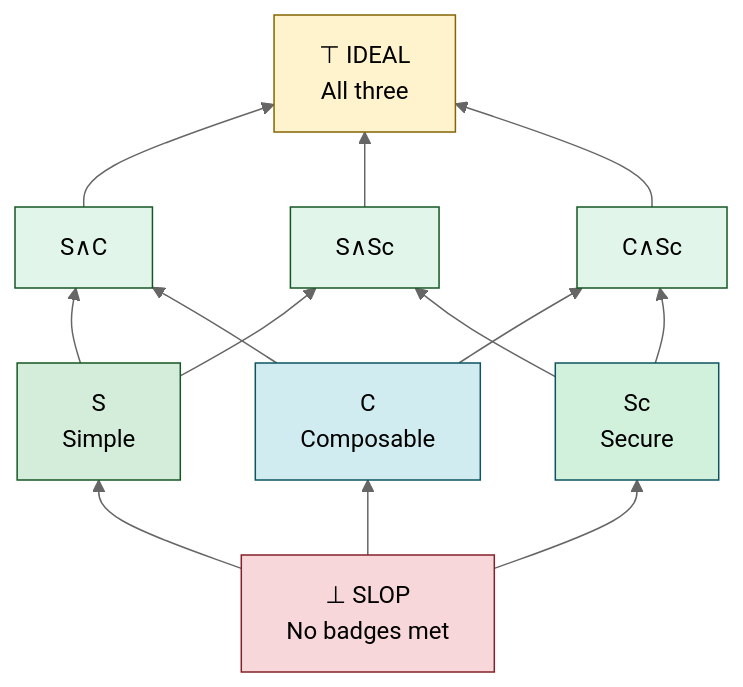
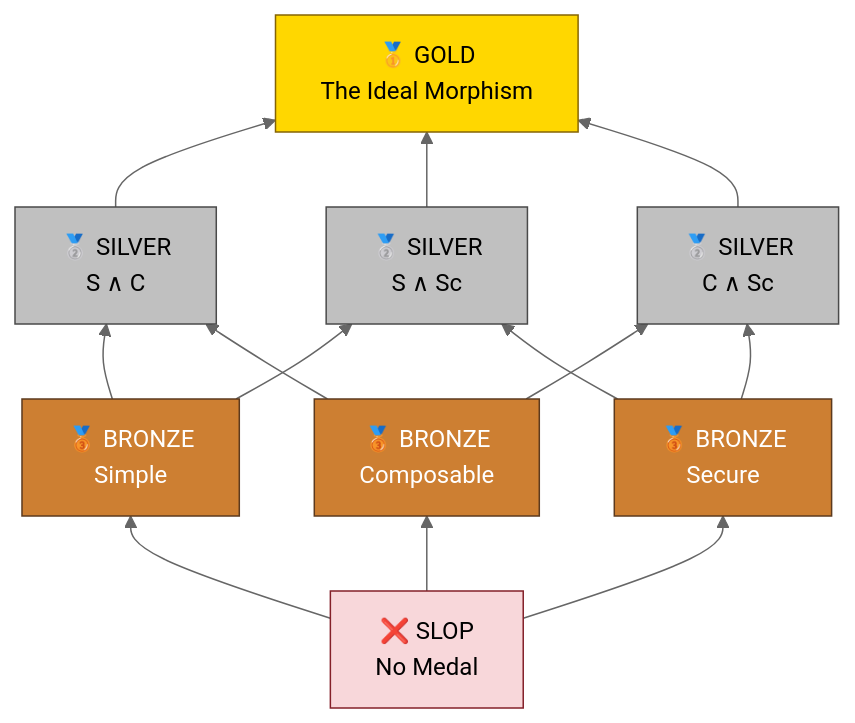
Before and after one commit to Krv-Labs/topos: the diagram in docs/source/index.rst, drawn with Mermaid (neutral theme). The commit also changed other lines of this file, not shown here.

Commit message:
docs: gamify index with medal podium

```diff
--- a/docs/source/index.rst
+++ b/docs/source/index.rst
@@ -103,33 +103,33 @@
 .. mermaid::
 
    graph BT
-       SLOP["⊥ SLOP<br/>No badges met"]
-       SIMPLE["S<br/>Simple"]
-       COMPOSABLE["C<br/>Composable"]
-       SECURE["Sc<br/>Secure"]
-       SC["S∧C"]
-       SSc["S∧Sc"]
-       CSc["C∧Sc"]
-       IDEAL["⊤ IDEAL<br/>All three"]
+       SLOP["❌ SLOP<br/>No Medal"]
+       SIMPLE["🥉 BRONZE<br/>Simple"]
+       COMPOSABLE["🥉 BRONZE<br/>Composable"]
+       SECURE["🥉 BRONZE<br/>Secure"]
+       SC["🥈 SILVER<br/>S ∧ C"]
+       SSc["🥈 SILVER<br/>S ∧ Sc"]
+       CSc["🥈 SILVER<br/>C ∧ Sc"]
+       IDEAL["🥇 GOLD<br/>The Ideal Morphism"]
 
        SLOP --> SIMPLE
        SLOP --> COMPOSABLE
        SLOP --> SECURE
        SIMPLE --> SC
        SIMPLE --> SSc
        COMPOSABLE --> SC
        COMPOSABLE --> CSc
        SECURE --> SSc
        SECURE --> CSc
        SC --> IDEAL
        SSc --> IDEAL
        CSc --> IDEAL
 
        style SLOP       fill:#f8d7da,stroke:#842029,color:#000
-       style SIMPLE     fill:#d4edda,stroke:#155724,color:#000
-       style COMPOSABLE fill:#d1ecf1,stroke:#0c5460,color:#000
-       style SECURE     fill:#d1f1dc,stroke:#0c5460,color:#000
-       style SC         fill:#e2f5eb,stroke:#155724,color:#000
-       style SSc        fill:#e2f5eb,stroke:#155724,color:#000
-       style CSc        fill:#e2f5eb,stroke:#155724,color:#000
-       style IDEAL      fill:#fff3cd,stroke:#856404,color:#000
+       style SIMPLE     fill:#cd7f32,stroke:#5c3a1e,color:#fff
+       style COMPOSABLE fill:#cd7f32,stroke:#5c3a1e,color:#fff
+       style SECURE     fill:#cd7f32,stroke:#5c3a1e,color:#fff
+       style SC         fill:#c0c0c0,stroke:#4a4a4a,color:#000
+       style SSc        fill:#c0c0c0,stroke:#4a4a4a,color:#000
+       style CSc        fill:#c0c0c0,stroke:#4a4a4a,color:#000
+       style IDEAL      fill:#ffd700,stroke:#856404,color:#000
```
